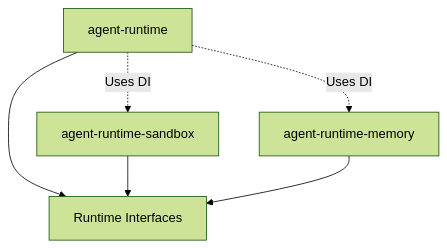
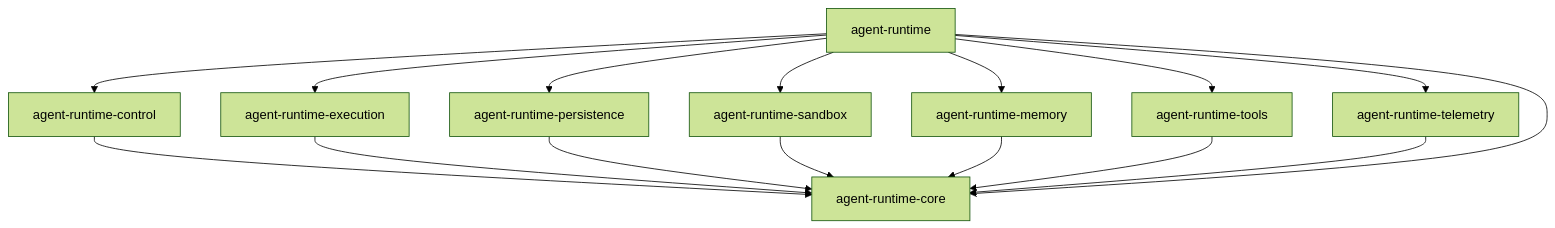
The diagram in docs/roadmap/agent-runtime-2026-track-l-architecture.md (byoungd/keep-up), drawn with Mermaid (forest theme) before and after one commit. The commit also changed other lines of this file and 2 other files, not shown here.

Commit message:
docs: finalize track L architecture RFC

````diff
--- a/docs/roadmap/agent-runtime-2026-track-l-architecture.md
+++ b/docs/roadmap/agent-runtime-2026-track-l-architecture.md
@@ -59,9 +74,29 @@
 ```mermaid
 graph TD
-    Runtime[agent-runtime] --> Interfaces[Runtime Interfaces]
-    Sandbox[agent-runtime-sandbox] --> Interfaces
-    Memory[agent-runtime-memory] --> Interfaces
-    
-    Runtime -.->|Uses DI| Sandbox
-    Runtime -.->|Uses DI| Memory
+  Core[agent-runtime-core]
+  Control[agent-runtime-control]
+  Execution[agent-runtime-execution]
+  Persistence[agent-runtime-persistence]
+  Sandbox[agent-runtime-sandbox]
+  Memory[agent-runtime-memory]
+  Tools[agent-runtime-tools]
+  Telemetry[agent-runtime-telemetry]
+  Facade[agent-runtime]
+
+  Control --> Core
+  Execution --> Core
+  Persistence --> Core
+  Sandbox --> Core
+  Memory --> Core
+  Tools --> Core
+  Telemetry --> Core
+
+  Facade --> Core
+  Facade --> Control
+  Facade --> Execution
+  Facade --> Persistence
+  Facade --> Sandbox
+  Facade --> Memory
+  Facade --> Tools
+  Facade --> Telemetry
 ```
````
